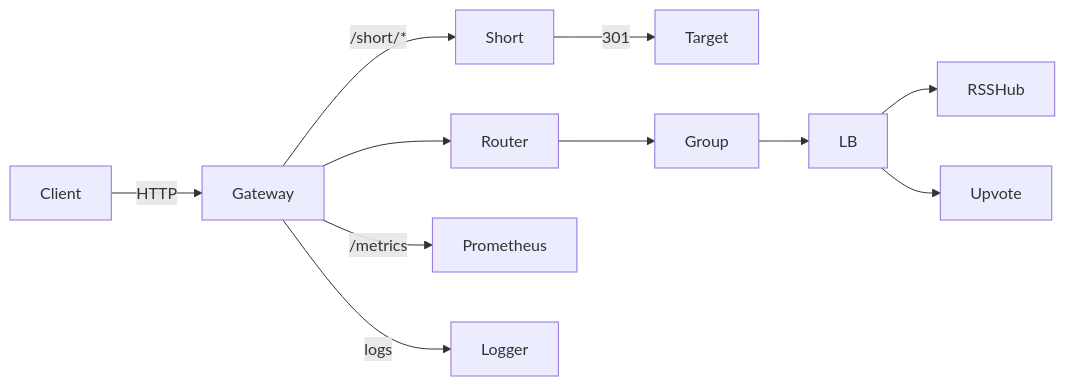
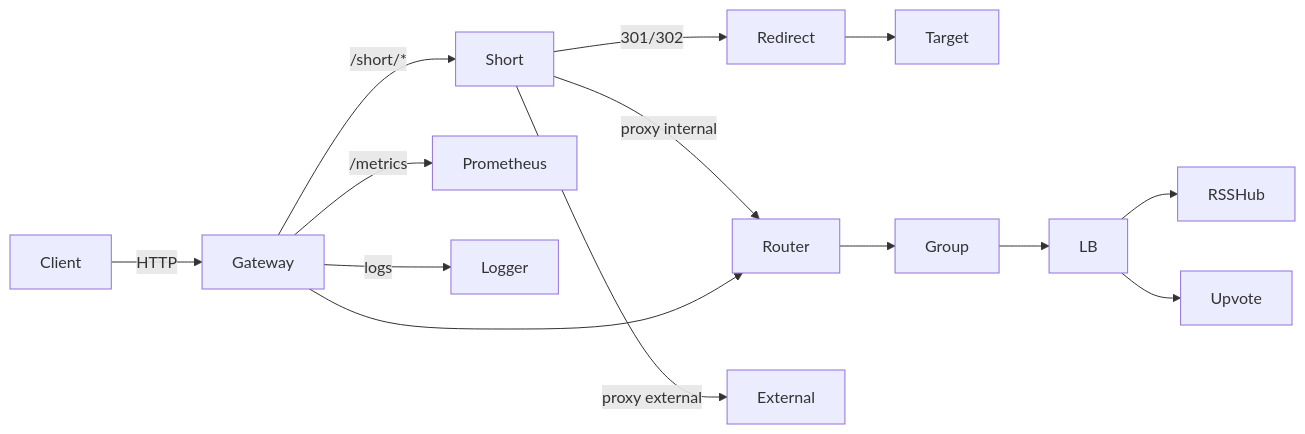
One commit to nerdneilsfield/RSSHub-Gateway changed the first of 2 diagrams in README_zh.md. Above: the diagram before and after it, drawn with Mermaid. The commit also changed other lines of this file and 1 other file, not shown here.

Commit message:
docs: refresh architecture diagrams

````diff
--- a/README_zh.md
+++ b/README_zh.md
@@ -43,13 +43,16 @@
 ```mermaid
 flowchart LR
     Client -->|HTTP| Gateway
     Gateway -->|/short/*| Short
-    Short -->|301| Target
+    Short -->|301/302| Redirect
+    Redirect --> Target
+    Short -->|proxy internal| Router
+    Short -->|proxy external| External
     Gateway --> Router
     Router --> Group
     Group --> LB
     LB --> RSSHub
     LB --> Upvote
     Gateway -->|/metrics| Prometheus
     Gateway -->|logs| Logger
 ```
````
